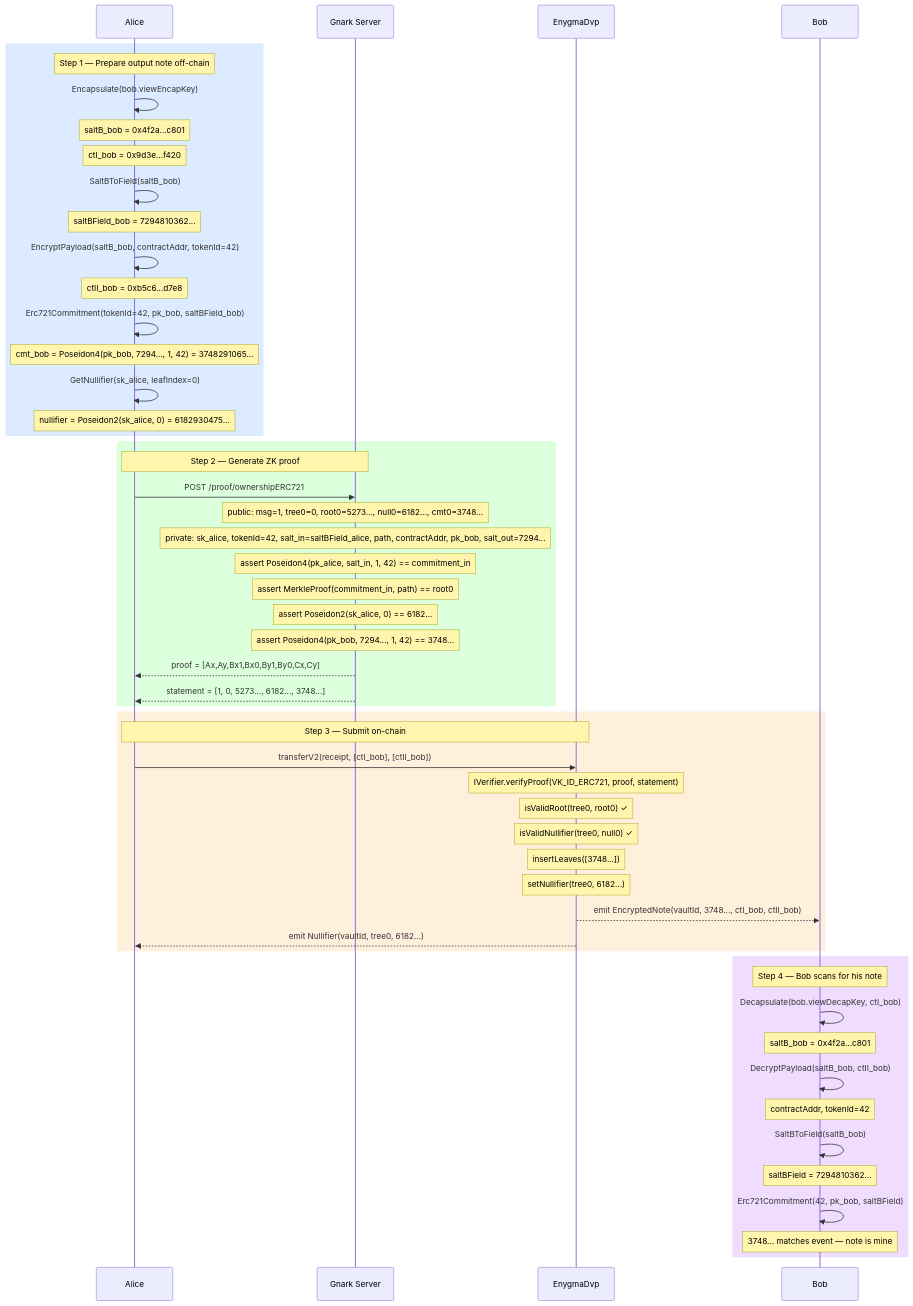
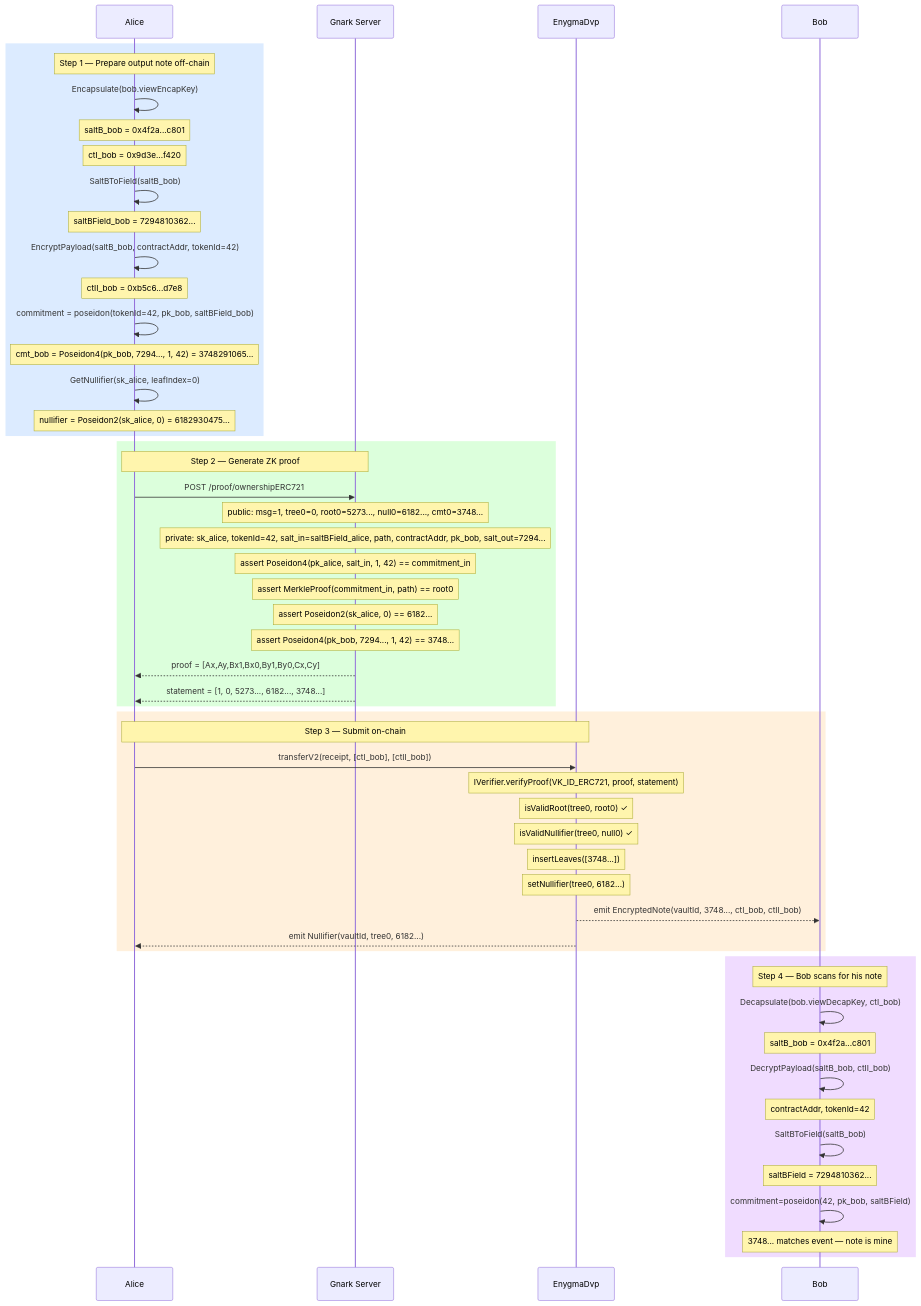
The diagram in enygma_dvp/docs/flows/05_transfer_erc721.md (yaksetig/Enygma), drawn with Mermaid before and after one commit. The commit also changed other lines of this file and 4 other files, not shown here.

````diff
--- a/enygma_dvp/docs/flows/05_transfer_erc721.md
+++ b/enygma_dvp/docs/flows/05_transfer_erc721.md
@@ -86,66 +87,66 @@
 ```mermaid
 sequenceDiagram
     participant Alice
     participant Gnark as Gnark Server
     participant DVP as EnygmaDvp
     participant Bob
 
     rect rgb(220, 235, 255)
         Note over Alice: Step 1 — Prepare output note off-chain
 
         Alice->>Alice: Encapsulate(bob.viewEncapKey)
         Note over Alice: saltB_bob = 0x4f2a...c801
         Note over Alice: ctI_bob   = 0x9d3e...f420
         Alice->>Alice: SaltBToField(saltB_bob)
         Note over Alice: saltBField_bob = 7294810362...
         Alice->>Alice: EncryptPayload(saltB_bob, contractAddr, tokenId=42)
         Note over Alice: ctII_bob = 0xb5c6...d7e8
-        Alice->>Alice: Erc721Commitment(tokenId=42, pk_bob, saltBField_bob)
+        Alice->>Alice: commitment = poseidon(tokenId=42, pk_bob, saltBField_bob)
         Note over Alice: cmt_bob = Poseidon4(pk_bob, 7294..., 1, 42) = 3748291065...
 
         Alice->>Alice: GetNullifier(sk_alice, leafIndex=0)
         Note over Alice: nullifier = Poseidon2(sk_alice, 0) = 6182930475...
     end
 
     rect rgb(220, 255, 220)
         Note over Alice,Gnark: Step 2 — Generate ZK proof
 
         Alice->>Gnark: POST /proof/ownershipERC721
         Note over Gnark: public: msg=1, tree0=0, root0=5273..., null0=6182..., cmt0=3748...
         Note over Gnark: private: sk_alice, tokenId=42, salt_in=saltBField_alice, path, contractAddr, pk_bob, salt_out=7294...
         Note over Gnark: assert Poseidon4(pk_alice, salt_in, 1, 42) == commitment_in
         Note over Gnark: assert MerkleProof(commitment_in, path) == root0
         Note over Gnark: assert Poseidon2(sk_alice, 0) == 6182...
         Note over Gnark: assert Poseidon4(pk_bob, 7294..., 1, 42) == 3748...
 
         Gnark-->>Alice: proof = [Ax,Ay,Bx1,Bx0,By1,By0,Cx,Cy]
         Gnark-->>Alice: statement = [1, 0, 5273..., 6182..., 3748...]
     end
 
     rect rgb(255, 240, 220)
         Note over Alice,DVP: Step 3 — Submit on-chain
 
         Alice->>DVP: transferV2(receipt, [ctI_bob], [ctII_bob])
         Note over DVP: IVerifier.verifyProof(VK_ID_ERC721, proof, statement)
         Note over DVP: isValidRoot(tree0, root0) ✓
         Note over DVP: isValidNullifier(tree0, null0) ✓
         Note over DVP: insertLeaves([3748...])
         Note over DVP: setNullifier(tree0, 6182...)
 
         DVP-->>Bob: emit EncryptedNote(vaultId, 3748..., ctI_bob, ctII_bob)
         DVP-->>Alice: emit Nullifier(vaultId, tree0, 6182...)
     end
 
     rect rgb(240, 220, 255)
         Note over Bob: Step 4 — Bob scans for his note
 
         Bob->>Bob: Decapsulate(bob.viewDecapKey, ctI_bob)
         Note over Bob: saltB_bob = 0x4f2a...c801
         Bob->>Bob: DecryptPayload(saltB_bob, ctII_bob)
         Note over Bob: contractAddr, tokenId=42
         Bob->>Bob: SaltBToField(saltB_bob)
         Note over Bob: saltBField = 7294810362...
-        Bob->>Bob: Erc721Commitment(42, pk_bob, saltBField)
+        Bob->>Bob: commitment=poseidon(42, pk_bob, saltBField)
         Note over Bob: 3748... matches event — note is mine
     end
 ```
````
